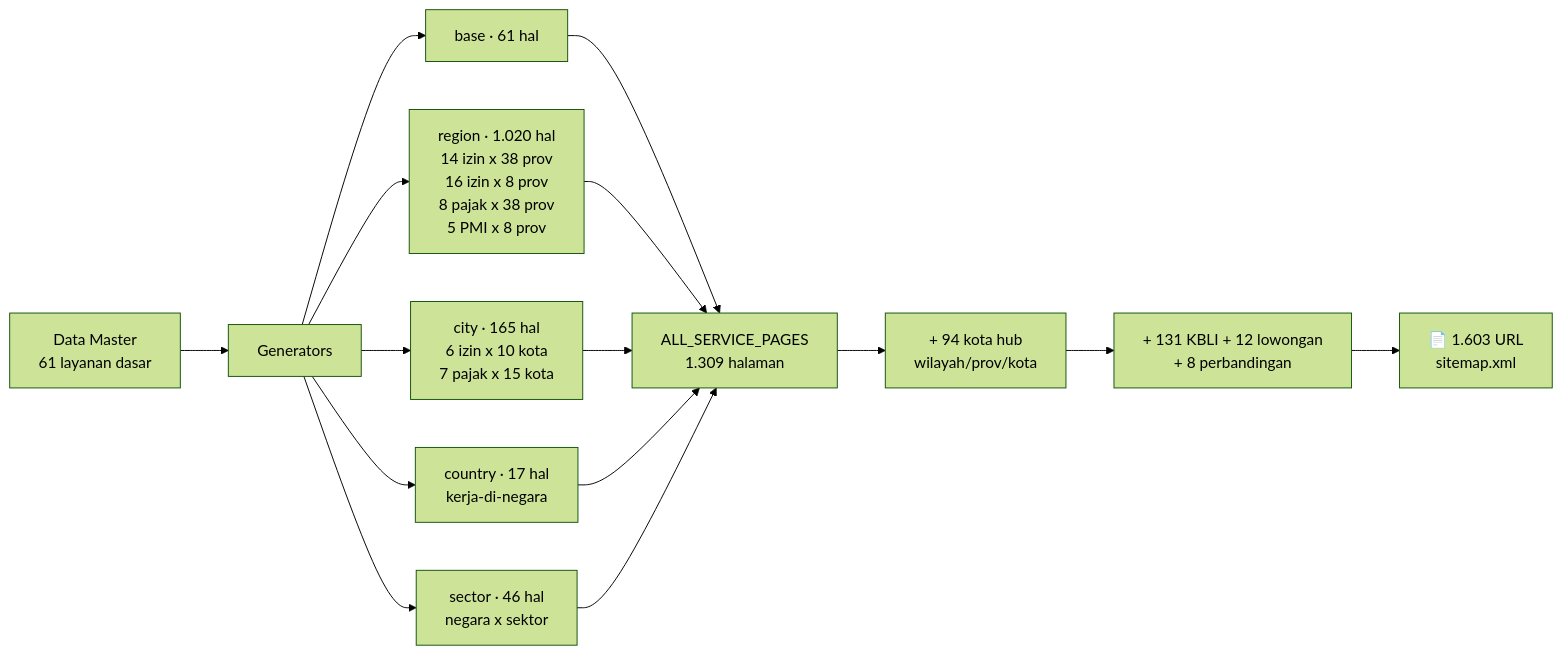
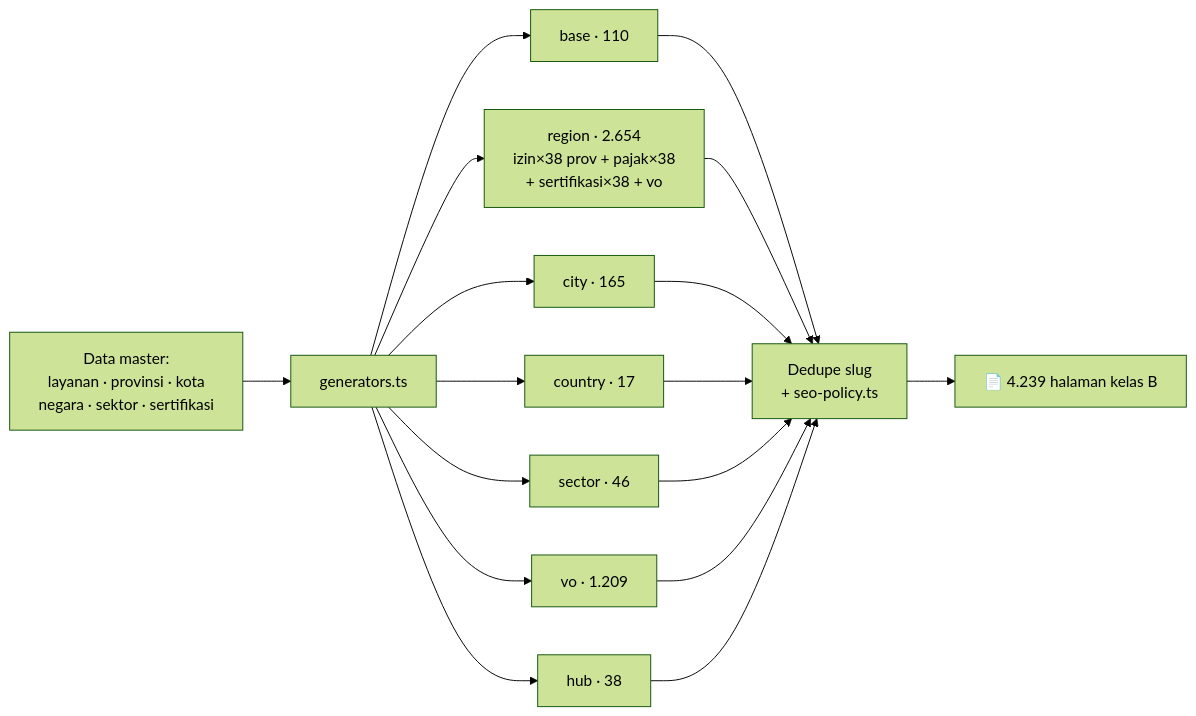
One commit to prabudanling/pusatperizinan changed the third of 4 diagrams in README.md. Above: the diagram before and after it, drawn with Mermaid (forest theme). The commit also changed other lines of this file and 1 other file, not shown here.

````diff
--- a/README.md
+++ b/README.md
@@ -116,13 +269,13 @@
 ```mermaid
 flowchart LR
-    A[Data Master<br/>61 layanan dasar] --> B[Generators]
-    B --> C[base · 61 hal]
-    B --> D[region · 1.020 hal<br/>14 izin x 38 prov<br/>16 izin x 8 prov<br/>8 pajak x 38 prov<br/>5 PMI x 8 prov]
-    B --> E[city · 165 hal<br/>6 izin x 10 kota<br/>7 pajak x 15 kota]
-    B --> F[country · 17 hal<br/>kerja-di-negara]
-    B --> G[sector · 46 hal<br/>negara x sektor]
-    C & D & E & F & G --> H[ALL_SERVICE_PAGES<br/>1.309 halaman]
-    H --> I[+ 94 kota hub<br/>wilayah/prov/kota]
-    I --> J[+ 131 KBLI + 12 lowongan<br/>+ 8 perbandingan]
-    J --> K[📄 1.603 URL<br/>sitemap.xml]
+    A[Data master:<br/>layanan · provinsi · kota<br/>negara · sektor · sertifikasi] --> B[generators.ts]
+    B --> C[base · 110]
+    B --> D[region · 2.654<br/>izin×38 prov + pajak×38<br/>+ sertifikasi×38 + vo]
+    B --> E[city · 165]
+    B --> F[country · 17]
+    B --> G[sector · 46]
+    B --> H[vo · 1.209]
+    B --> I[hub · 38]
+    C & D & E & F & G & H & I --> J[Dedupe slug<br/>+ seo-policy.ts]
+    J --> K[📄 4.239 halaman kelas B]
 ```
````
